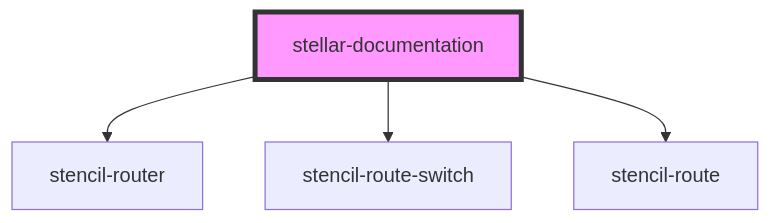
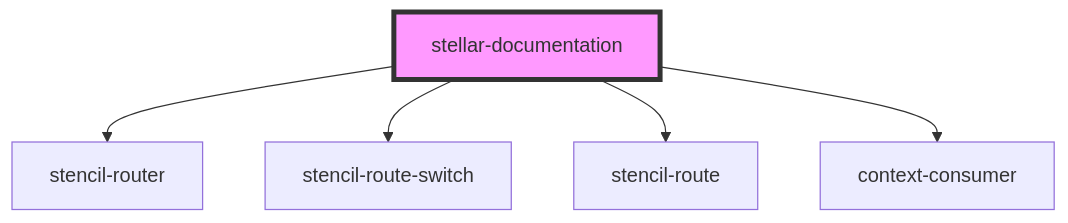
Before and after one commit to splitinfinities/Stellar: the diagram in src/components/docs/documentation/readme.md, drawn with Mermaid. The commit also changed other lines of this file and 13 other files, not shown here.

````diff
--- a/src/components/docs/documentation/readme.md
+++ b/src/components/docs/documentation/readme.md
@@ -17,7 +29,8 @@
 ```mermaid
 graph TD;
   stellar-documentation --> stencil-router
   stellar-documentation --> stencil-route-switch
   stellar-documentation --> stencil-route
+  stellar-documentation --> context-consumer
   style stellar-documentation fill:#f9f,stroke:#333,stroke-width:4px
 ```
````
